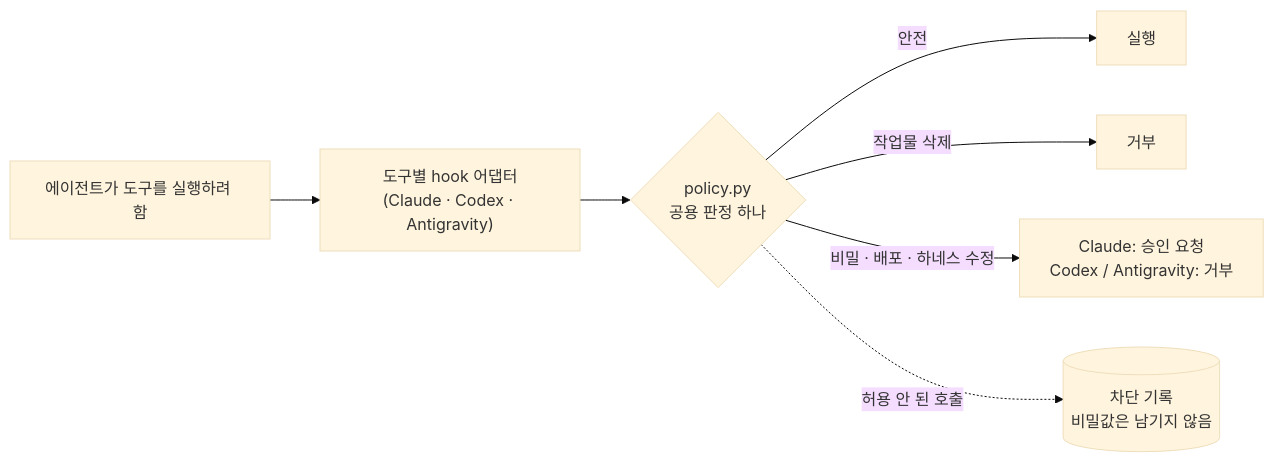
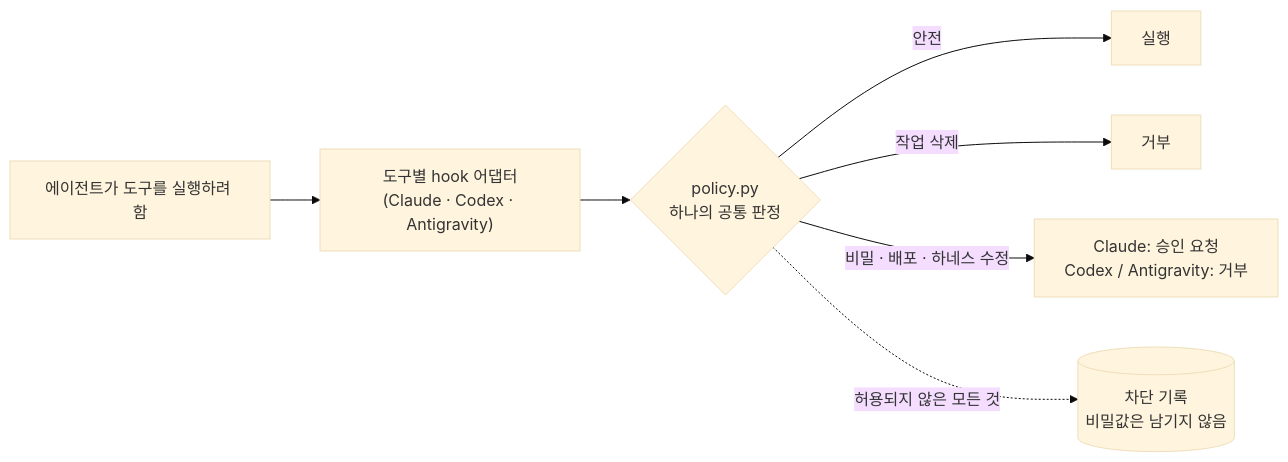
The diagram in README.ko.md (egoxx1/unified-master-harness), drawn with Mermaid (base theme) before and after one commit. The commit also changed other lines of this file and 1 other file, not shown here.

````diff
--- a/README.ko.md
+++ b/README.ko.md
@@ -45,9 +73,9 @@
 ```mermaid
 flowchart LR
     A["에이전트가 도구를 실행하려 함"] --> B["도구별 hook 어댑터<br/>(Claude · Codex · Antigravity)"]
-    B --> C{"policy.py<br/>공용 판정 하나"}
+    B --> C{"policy.py<br/>하나의 공통 판정"}
     C -->|안전| D["실행"]
-    C -->|작업물 삭제| E["거부"]
+    C -->|작업 삭제| E["거부"]
     C -->|비밀 · 배포 · 하네스 수정| F["Claude: 승인 요청<br/>Codex / Antigravity: 거부"]
-    C -.->|허용 안 된 호출| G[("차단 기록<br/>비밀값은 남기지 않음")]
+    C -.->|허용되지 않은 모든 것| G[("차단 기록<br/>비밀값은 남기지 않음")]
 ```
````
